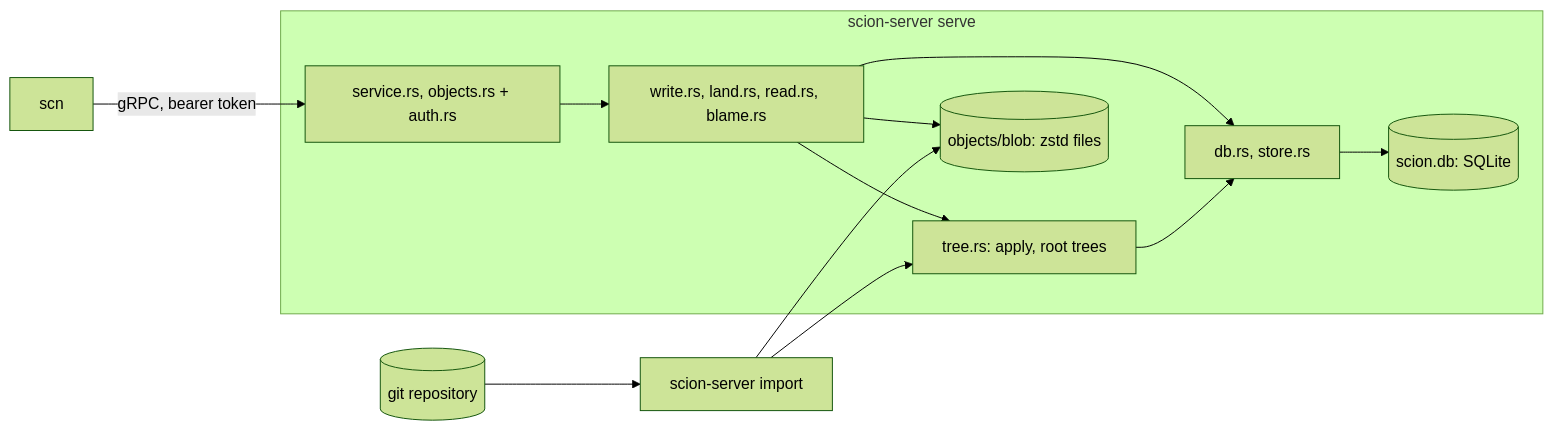
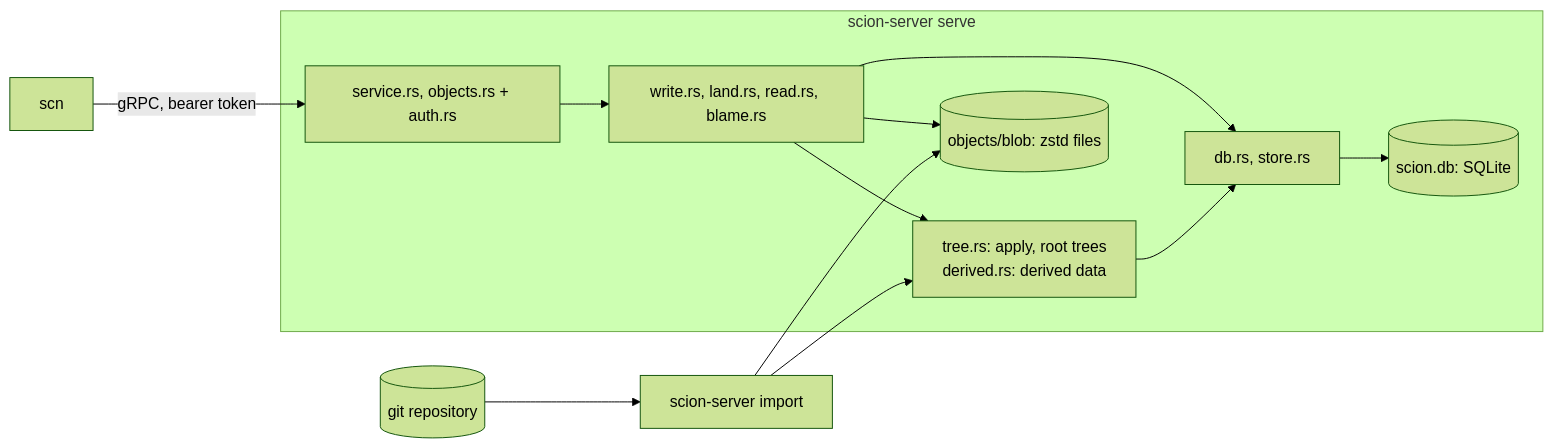
The first of 4 diagrams in docs/architecture.md (bnsd55/open-scion), drawn with Mermaid (forest theme) before and after one commit. The commit also changed other lines of this file and 2 other files, not shown here.

First line of the commit message:
scion-server: a derived value is durable before a read returns it

````diff
--- a/docs/architecture.md
+++ b/docs/architecture.md
@@ -19,15 +19,15 @@
 ```mermaid
 flowchart LR
     scn["scn"] -->|"gRPC, bearer token"| svc
     subgraph serve["scion-server serve"]
         svc["service.rs, objects.rs + auth.rs"] --> ops["write.rs, land.rs, read.rs, blame.rs"]
-        ops --> tree["tree.rs: apply, root trees"]
+        ops --> tree["tree.rs: apply, root trees<br/>derived.rs: derived data"]
         ops --> db["db.rs, store.rs"]
         tree --> db
         db --> sqlite[("scion.db: SQLite")]
         ops --> blobs[("objects/blob: zstd files")]
     end
     git[("git repository")] --> imp["scion-server import"]
     imp --> tree
     imp --> blobs
 ```
````
